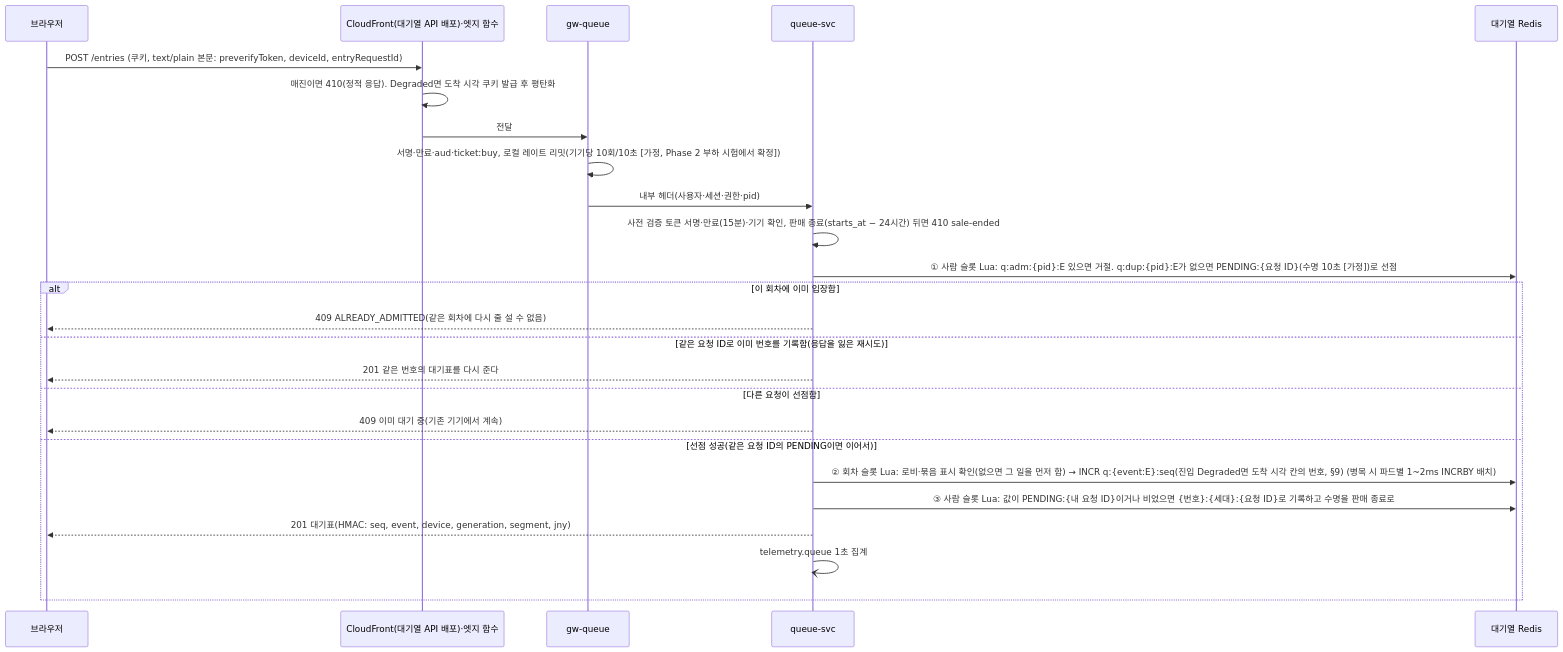
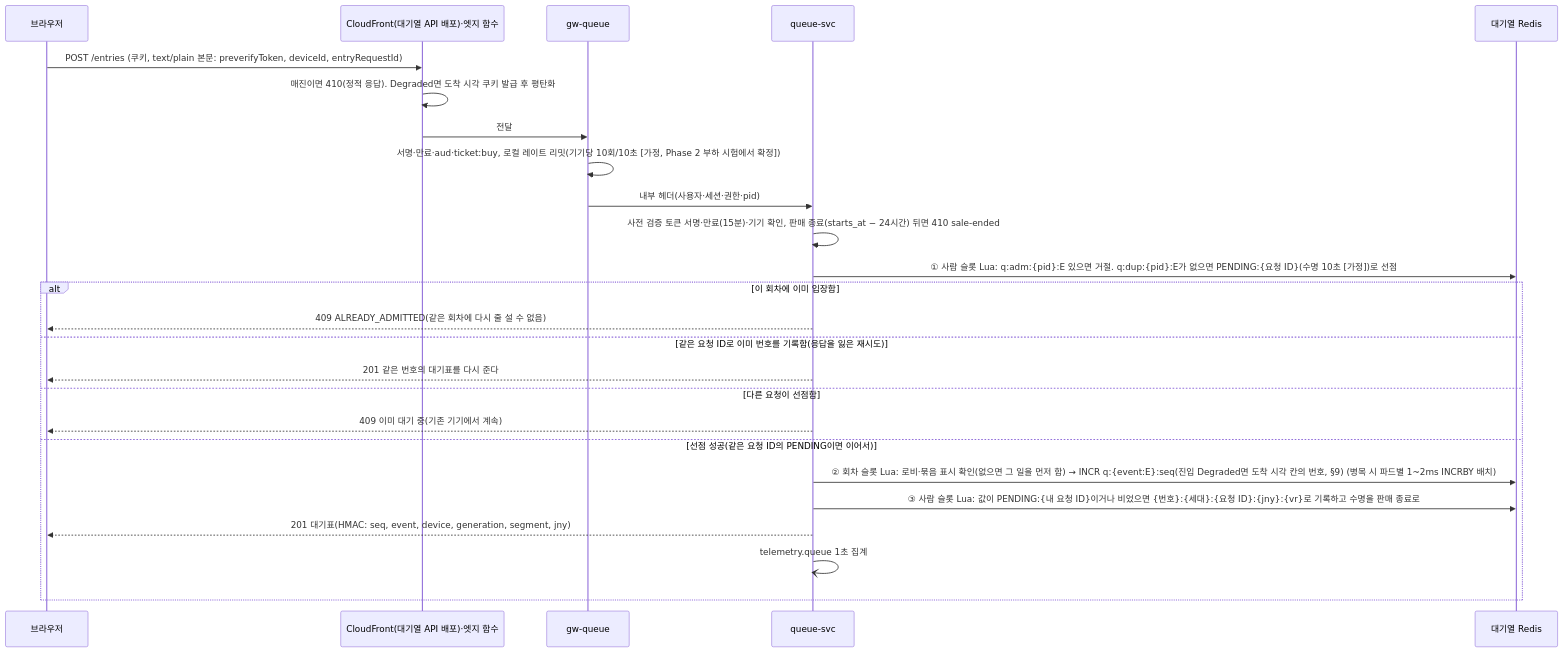
Before and after one commit to peaket/peaket: the third of 4 diagrams in docs/features/queue-admission.md, drawn with Mermaid. The commit also changed other lines of this file and 52 other files, not shown here.

````diff
--- a/docs/features/queue-admission.md
+++ b/docs/features/queue-admission.md
@@ -102,27 +102,27 @@
 ```mermaid
 sequenceDiagram
     participant B as 브라우저
     participant E as CloudFront(대기열 API 배포)·엣지 함수
     participant G as gw-queue
     participant Q as queue-svc
     participant R as 대기열 Redis
     B->>E: POST /entries (쿠키, text/plain 본문: preverifyToken, deviceId, entryRequestId)
     E->>E: 매진이면 410(정적 응답). Degraded면 도착 시각 쿠키 발급 후 평탄화
     E->>G: 전달
     G->>G: 서명·만료·aud·ticket:buy, 로컬 레이트 리밋(기기당 10회/10초 [가정, Phase 2 부하 시험에서 확정])
     G->>Q: 내부 헤더(사용자·세션·권한·pid)
     Q->>Q: 사전 검증 토큰 서명·만료(15분)·기기 확인, 판매 종료(starts_at − 24시간) 뒤면 410 sale-ended
     Q->>R: ① 사람 슬롯 Lua: q:adm:{pid}:E 있으면 거절. q:dup:{pid}:E가 없으면 PENDING:{요청 ID}(수명 10초 [가정])로 선점
     alt 이 회차에 이미 입장함
         Q-->>B: 409 ALREADY_ADMITTED(같은 회차에 다시 줄 설 수 없음)
     else 같은 요청 ID로 이미 번호를 기록함(응답을 잃은 재시도)
         Q-->>B: 201 같은 번호의 대기표를 다시 준다
     else 다른 요청이 선점함
         Q-->>B: 409 이미 대기 중(기존 기기에서 계속)
     else 선점 성공(같은 요청 ID의 PENDING이면 이어서)
         Q->>R: ② 회차 슬롯 Lua: 로비·묶음 표시 확인(없으면 그 일을 먼저 함) → INCR q:{event:E}:seq(진입 Degraded면 도착 시각 칸의 번호, §9) (병목 시 파드별 1~2ms INCRBY 배치)
-        Q->>R: ③ 사람 슬롯 Lua: 값이 PENDING:{내 요청 ID}이거나 비었으면 {번호}:{세대}:{요청 ID}로 기록하고 수명을 판매 종료로
+        Q->>R: ③ 사람 슬롯 Lua: 값이 PENDING:{내 요청 ID}이거나 비었으면 {번호}:{세대}:{요청 ID}:{jny}:{vr}로 기록하고 수명을 판매 종료로
         Q-->>B: 201 대기표(HMAC: seq, event, device, generation, segment, jny)
         Q-)Q: telemetry.queue 1초 집계
     end
 ```
````
